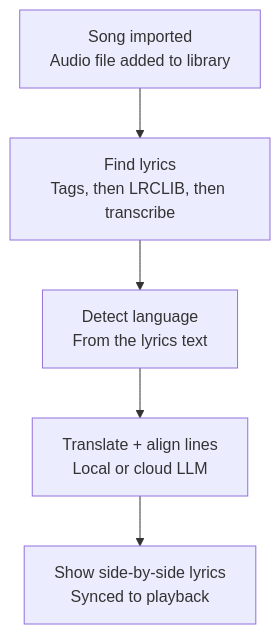
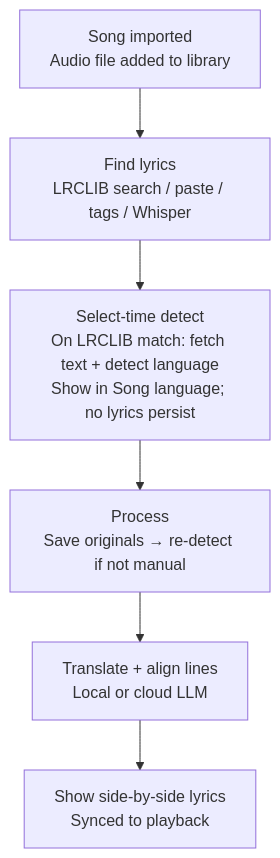
Before and after one commit to RickyuXen/Melodica: the second of 2 diagrams in plan.md, drawn with Mermaid. The commit also changed other lines of this file and 15 other files, not shown here.

Commit message:
Update: Updated translate flow to include manual selection of language + process in edit

````diff
--- a/plan.md
+++ b/plan.md
@@ -56,7 +56,8 @@
 ```mermaid
 flowchart TB
-    A["Song imported<br/>Audio file added to library"] --> B["Find lyrics<br/>Tags, then LRCLIB, then transcribe"]
-    B --> C["Detect language<br/>From the lyrics text"]
+    A["Song imported<br/>Audio file added to library"] --> B["Find lyrics<br/>LRCLIB search / paste / tags / Whisper"]
+    B --> B2["Select-time detect<br/>On LRCLIB match: fetch text + detect language<br/>Show in Song language; no lyrics persist"]
+    B2 --> C["Process<br/>Save originals → re-detect if not manual"]
     C --> D["Translate + align lines<br/>Local or cloud LLM"]
     D --> E["Show side-by-side lyrics<br/>Synced to playback"]
 ```
````
